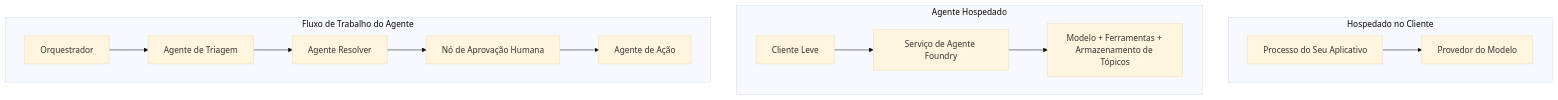
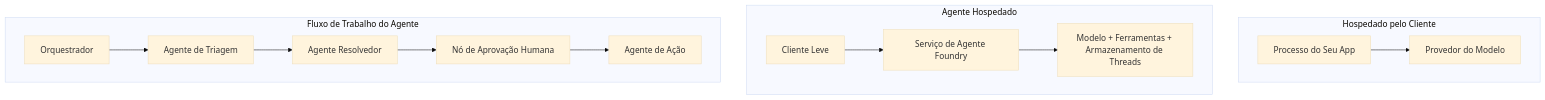
The first of 4 diagrams in mirrors/repos/microsoft@ai-agents-for-beginners/translations/pt-BR/16-deploying-scalable-agents/README.md (gabrielmoreira/agent-skills-mirror), drawn with Mermaid (base theme) before and after one commit. The commit also changed other lines of this file and 4262 other files, not shown here.

````diff
--- a/mirrors/repos/microsoft@ai-agents-for-beginners/translations/pt-BR/16-deploying-scalable-agents/README.md
+++ b/mirrors/repos/microsoft@ai-agents-for-beginners/translations/pt-BR/16-deploying-scalable-agents/README.md
@@ -87,16 +87,16 @@
 ```mermaid
 flowchart TB
-    subgraph P1[Hospedado no Cliente]
-        A1[Processo do Seu Aplicativo] --> M1[Provedor do Modelo]
+    subgraph P1[Hospedado pelo Cliente]
+        A1[Processo do Seu App] --> M1[Provedor do Modelo]
     end
     subgraph P2[Agente Hospedado]
         A2[Cliente Leve] --> F2[Serviço de Agente Foundry]
-        F2 --> M2[Modelo + Ferramentas + Armazenamento de Tópicos]
+        F2 --> M2[Modelo + Ferramentas + Armazenamento de Threads]
     end
     subgraph P3[Fluxo de Trabalho do Agente]
         A3[Orquestrador] --> S1[Agente de Triagem]
-        S1 --> S2[Agente Resolver]
+        S1 --> S2[Agente Resolvedor]
         S2 --> H[Nó de Aprovação Humana]
         H --> S3[Agente de Ação]
     end
 ```
````
